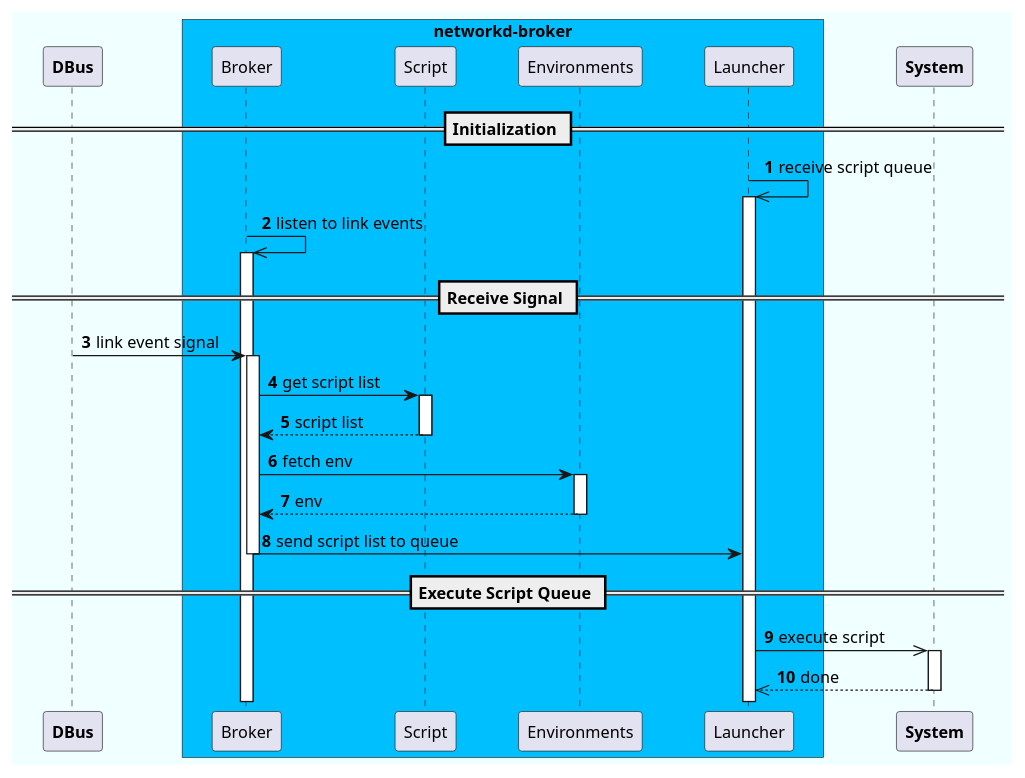
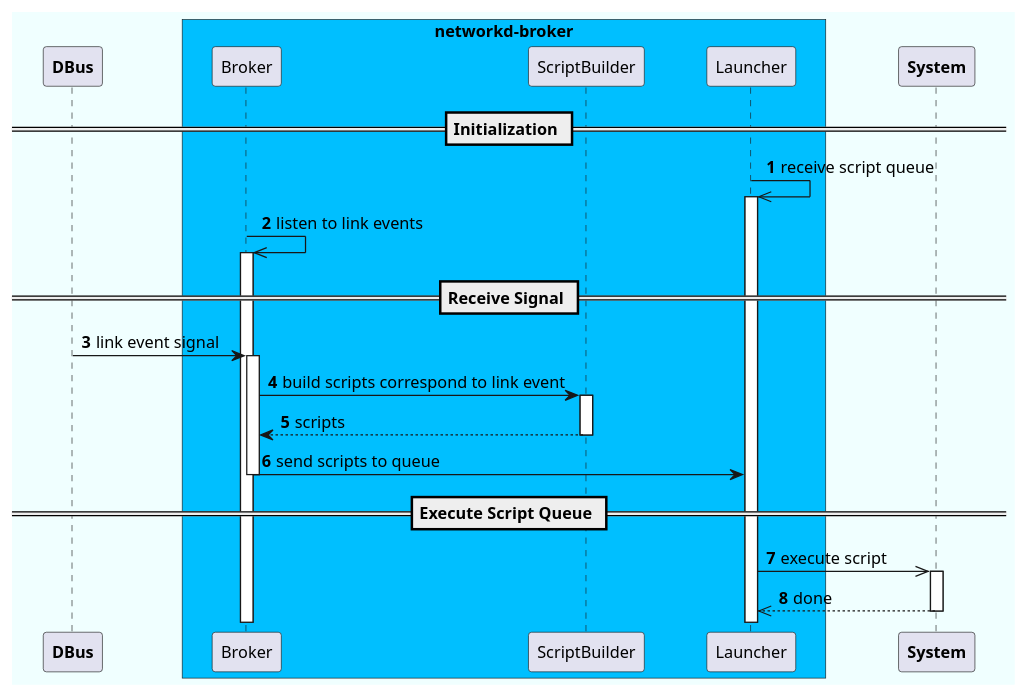
The diagram in docs/networkd-broker-seq.plantuml (bpetlert/networkd-broker), drawn with PlantUML before and after one commit. The commit also changed 1 other file, not shown here.

Commit message:
docs: Update sequence diagram

```diff
--- a/docs/networkd-broker-seq.plantuml
+++ b/docs/networkd-broker-seq.plantuml
@@ -1,40 +1,37 @@
 @startuml networkd-broker
 
 skinparam defaultFontName "Helvetica"
 skinparam defaultFontSize 13
 skinparam defaultFontColor black
 skinparam BackgroundColor Azure
 skinparam ParticipantPadding 20
 skinparam BoxPadding 10
 skinparam shadowing false
 
 participant "**DBus**" as DBus
 
 box "networkd-broker" #DeepSkyBlue
 participant Broker
-participant Script
-participant Environments
+participant ScriptBuilder
 participant Launcher
 end box
 
 participant "**System**" as System
 
 autonumber
 
 == Initialization ==
 Launcher ->> Launcher ++ : receive script queue
 Broker ->> Broker ++ : listen to link events
 
 == Receive Signal ==
 DBus -> Broker ++ : link event signal
-Broker -> Script ++ : get script list
-return script list
-Broker -> Environments ++ : fetch env
-return env
-Broker -> Launcher --: send script list to queue
+Broker -> ScriptBuilder ++ : build scripts correspond to link event
+return scripts
+Broker -> Launcher --: send scripts to queue
 
 == Execute Script Queue ==
 Launcher ->> System ++ : execute script
 return done
 
 @enduml
```
